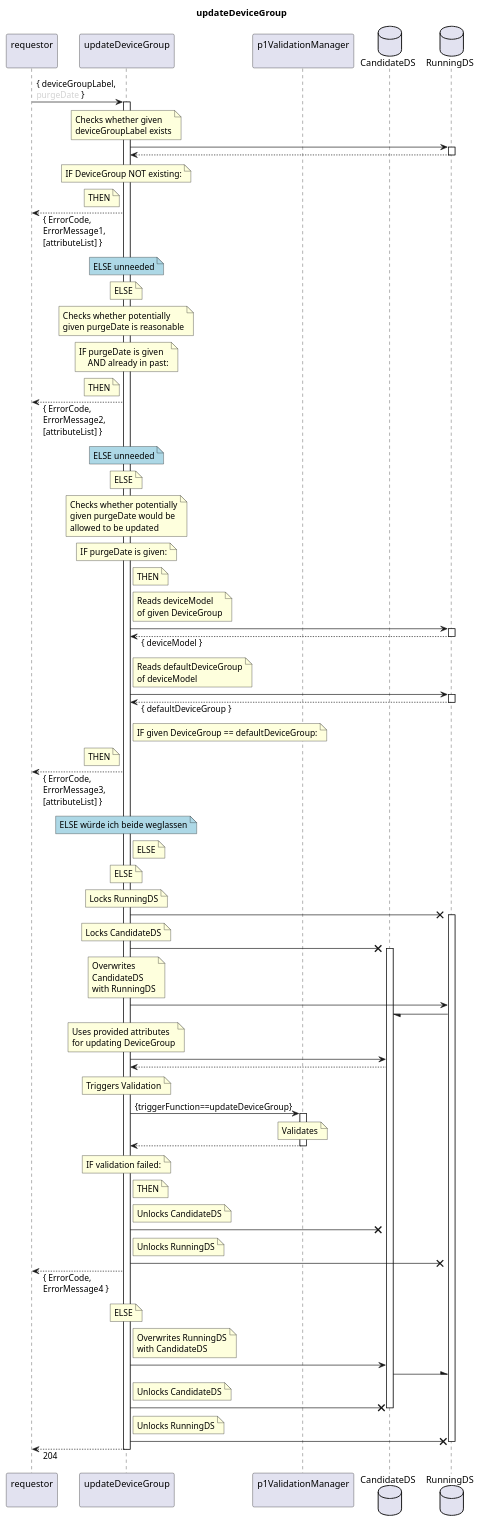
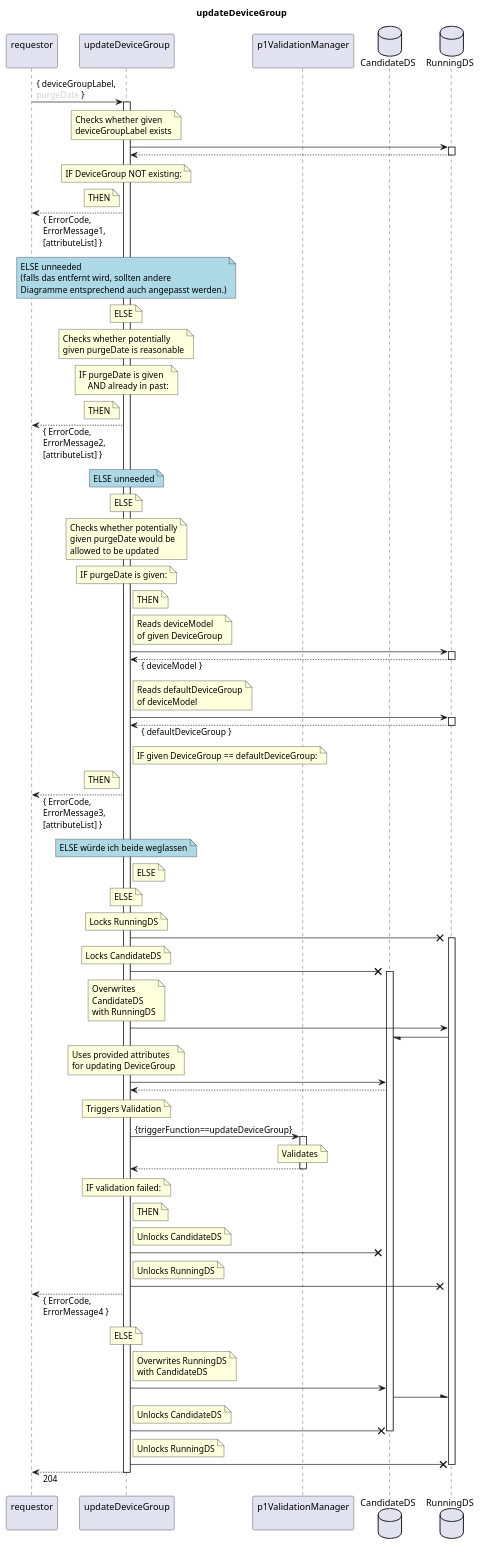
The diagram in spec/Services/updateDeviceGroup/1.0.0/updateDeviceGroup.plantuml (openBackhaul/FirmWareManager), drawn with PlantUML before and after one commit. The commit also changed 9 other files, not shown here.

```diff
--- a/spec/Services/updateDeviceGroup/1.0.0/updateDeviceGroup.plantuml
+++ b/spec/Services/updateDeviceGroup/1.0.0/updateDeviceGroup.plantuml
@@ -1,176 +1,178 @@
 @startuml updateDeviceGroup
 skinparam responseMessageBelowArrow true
 
 title
   updateDeviceGroup
 end title
 
 participant "requestor\n" as requestor
 participant "updateDeviceGroup\n" as cur
 participant "p1ValidationManager\n" as valiMan
 database "CandidateDS" as CanDS
 database "RunningDS" as RunDS
 
 requestor -> cur: { deviceGroupLabel,\n<color:LightGray>purgeDate</color> }
 activate cur
 
   note over cur
     Checks whether given
     deviceGroupLabel exists
   end note
   cur -> RunDS
   activate RunDS
   cur <-- RunDS
   deactivate RunDS
   note over cur
     IF DeviceGroup NOT existing:
   end note
   note left cur
     THEN
   end note
   requestor <-- cur: { ErrorCode,\nErrorMessage1,\n[attributeList] }
   note over cur #LightBlue
     ELSE unneeded
+    (falls das entfernt wird, sollten andere 
+    Diagramme entsprechend auch angepasst werden.)
   end note
   note over cur
     ELSE
   end note
 
   note over cur
     Checks whether potentially
     given purgeDate is reasonable
   end note
   note over cur
     IF purgeDate is given 
         AND already in past:
   end note
   note left cur
     THEN
   end note
   requestor <-- cur: { ErrorCode,\nErrorMessage2,\n[attributeList] }
   note over cur #LightBlue
     ELSE unneeded
   end note
   note over cur
     ELSE
   end note
 
   note over cur
     Checks whether potentially
     given purgeDate would be 
     allowed to be updated
   end note
   note over cur
     IF purgeDate is given:
   end note
   note right cur
     THEN
   end note
   note right cur
     Reads deviceModel
     of given DeviceGroup
   end note
   cur -> RunDS
   activate RunDS
   cur <-- RunDS: { deviceModel }
   deactivate RunDS
   note right cur
     Reads defaultDeviceGroup
     of deviceModel
   end note
   cur -> RunDS
   activate RunDS
   cur <-- RunDS: { defaultDeviceGroup }
   deactivate RunDS
   note right cur
     IF given DeviceGroup == defaultDeviceGroup:
   end note
   note left cur
     THEN
   end note
   requestor <-- cur: { ErrorCode,\nErrorMessage3,\n[attributeList] }
   note over cur #LightBlue
     ELSE würde ich beide weglassen
   end note
   note right cur
     ELSE
   end note
   note over cur
     ELSE
   end note
 
   note over cur
     Locks RunningDS
   end note
   cur -X RunDS
   activate RunDS
   note over cur
     Locks CandidateDS
   end note
   cur -X CanDS
   activate CanDS
   note over cur
     Overwrites
     CandidateDS
     with RunningDS
   end note
   cur -> RunDS
   RunDS -/ CanDS
 
   note over cur
     Uses provided attributes
     for updating DeviceGroup
   end note
   cur -> CanDS
   cur <-- CanDS
 
   note over cur
     Triggers Validation
   end note
   cur -> valiMan: {triggerFunction==updateDeviceGroup}
   activate valiMan
     note over valiMan
       Validates
     end note
   cur <-- valiMan
   deactivate valiMan
   note over cur
     IF validation failed:
   end note
   note right cur
     THEN
   end note
   note right cur
     Unlocks CandidateDS
   end note
   cur -X CanDS
   note right cur
     Unlocks RunningDS
   end note
   cur -X RunDS
   requestor <-- cur: { ErrorCode,\nErrorMessage4 }
   note over cur
     ELSE
   end note
 
   note right cur
     Overwrites RunningDS
     with CandidateDS
   end note
   cur -> CanDS
   CanDS -\ RunDS
   note right cur
     Unlocks CandidateDS
   end note
   cur -X CanDS
   deactivate CanDS
   note right cur
     Unlocks RunningDS
   end note
   cur -X RunDS
   deactivate RunDS
 
 requestor <-- cur: 204
 deactivate cur
 
 @enduml
```
